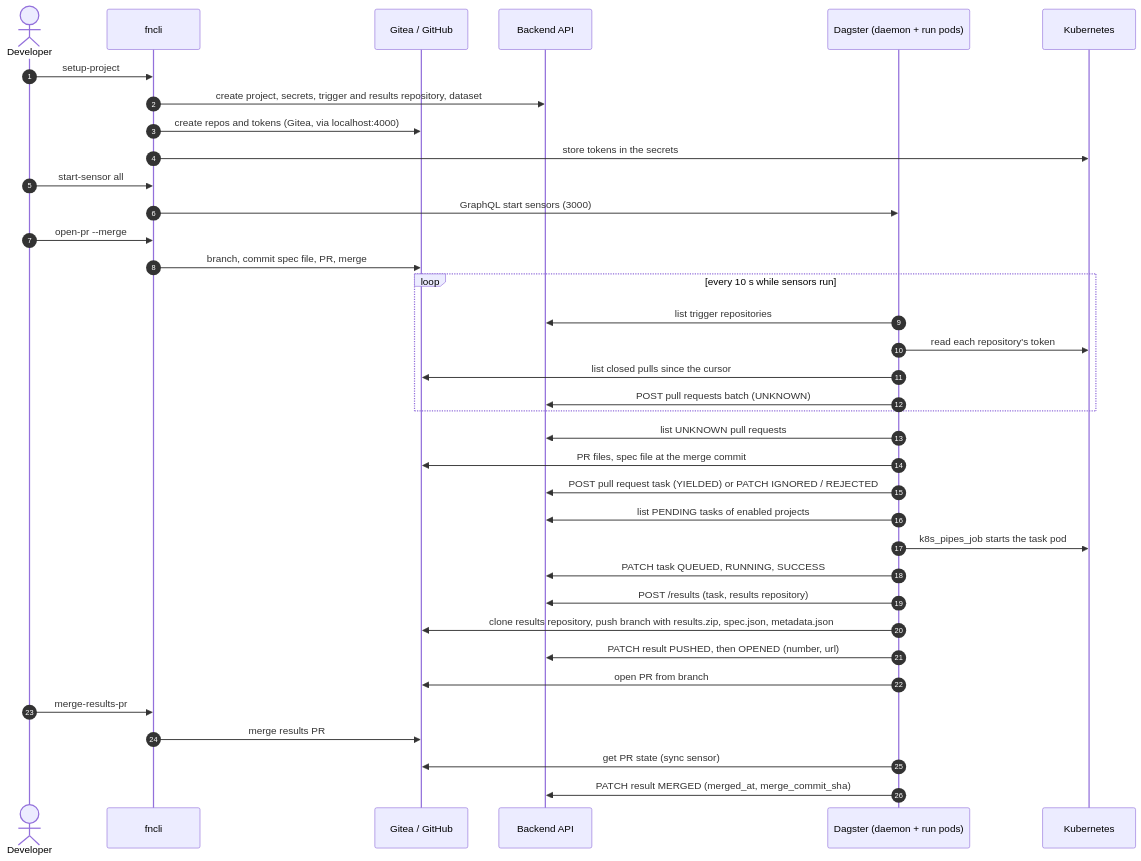
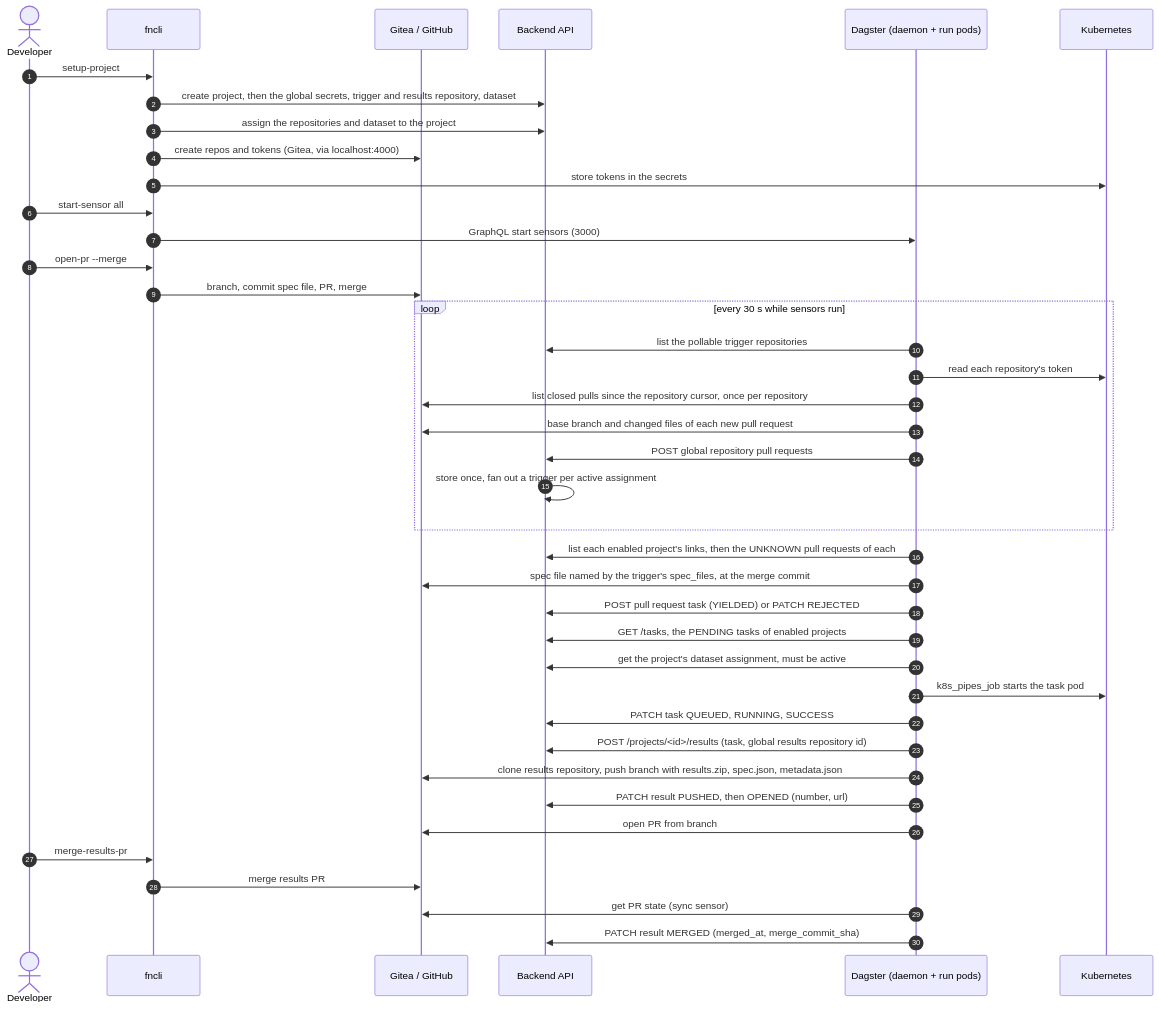
The second of 3 diagrams in docs/architecture/flows.md (Aridhia-Open-Source/PHEMS_federated_node), drawn with Mermaid before and after one commit. The commit also changed other lines of this file and 406 other files, not shown here.

````diff
--- a/docs/architecture/flows.md
+++ b/docs/architecture/flows.md
@@ -36,40 +56,44 @@
 ```mermaid
 sequenceDiagram
     autonumber
     actor Dev as Developer
     participant CLI as fncli
     participant Git as Gitea / GitHub
     participant BE as Backend API
     participant DG as Dagster (daemon + run pods)
     participant K8s as Kubernetes
 
     Dev->>CLI: setup-project
-    CLI->>BE: create project, secrets, trigger and results repository, dataset
+    CLI->>BE: create project, then the global secrets, trigger and results repository, dataset
+    CLI->>BE: assign the repositories and dataset to the project
     CLI->>Git: create repos and tokens (Gitea, via localhost:4000)
     CLI->>K8s: store tokens in the secrets
     Dev->>CLI: start-sensor all
     CLI->>DG: GraphQL start sensors (3000)
     Dev->>CLI: open-pr --merge
     CLI->>Git: branch, commit spec file, PR, merge
 
-    loop every 10 s while sensors run
-        DG->>BE: list trigger repositories
+    loop every 30 s while sensors run
+        DG->>BE: list the pollable trigger repositories
         DG->>K8s: read each repository's token
-        DG->>Git: list closed pulls since the cursor
-        DG->>BE: POST pull requests batch (UNKNOWN)
+        DG->>Git: list closed pulls since the repository cursor, once per repository
+        DG->>Git: base branch and changed files of each new pull request
+        DG->>BE: POST global repository pull requests
+        BE->>BE: store once, fan out a trigger per active assignment
     end
-    DG->>BE: list UNKNOWN pull requests
-    DG->>Git: PR files, spec file at the merge commit
-    DG->>BE: POST pull request task (YIELDED) or PATCH IGNORED / REJECTED
-    DG->>BE: list PENDING tasks of enabled projects
+    DG->>BE: list each enabled project's links, then the UNKNOWN pull requests of each
+    DG->>Git: spec file named by the trigger's spec_files, at the merge commit
+    DG->>BE: POST pull request task (YIELDED) or PATCH REJECTED
+    DG->>BE: GET /tasks, the PENDING tasks of enabled projects
+    DG->>BE: get the project's dataset assignment, must be active
     DG->>K8s: k8s_pipes_job starts the task pod
     DG->>BE: PATCH task QUEUED, RUNNING, SUCCESS
-    DG->>BE: POST /results (task, results repository)
+    DG->>BE: POST /projects/<id>/results (task, global results repository id)
     DG->>Git: clone results repository, push branch with results.zip, spec.json, metadata.json
     DG->>BE: PATCH result PUSHED, then OPENED (number, url)
     DG->>Git: open PR from branch
     Dev->>CLI: merge-results-pr
     CLI->>Git: merge results PR
     DG->>Git: get PR state (sync sensor)
     DG->>BE: PATCH result MERGED (merged_at, merge_commit_sha)
 ```
````
